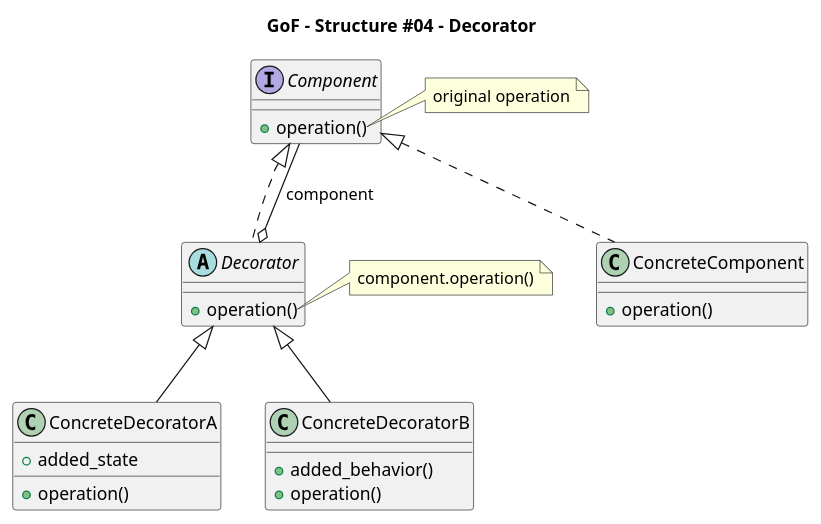
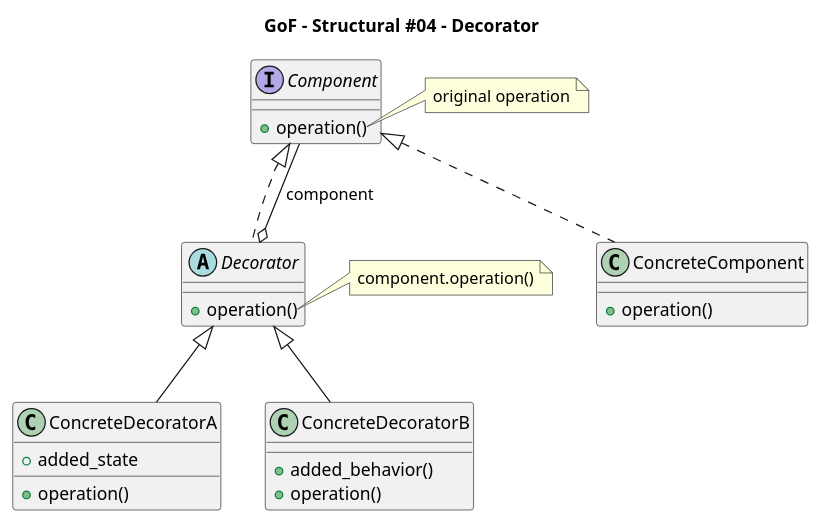
Before and after one commit to Takayoshi-Matsuyama/design_patterns: the diagram in GoF/GoF_st04_decorator.puml, drawn with PlantUML. The commit also changed 36 other files, not shown here.

Commit message:
GoF - Class Diagrams

```diff
--- a/GoF/GoF_st04_decorator.puml
+++ b/GoF/GoF_st04_decorator.puml
@@ -1,57 +1,57 @@
 @startuml gof_decorator
 
 'Copyright 2026 Takayoshi Matsuyama
 '
 'Licensed under the Apache License, Version 2.0 (the "License");
 'you may not use this file except in compliance with the License.
 'You may obtain a copy of the License at
 '
 '    http://www.apache.org/licenses/LICENSE-2.0
 '
 'Unless required by applicable law or agreed to in writing, software
 'distributed under the License is distributed on an "AS IS" BASIS,
 'WITHOUT WARRANTIES OR CONDITIONS OF ANY KIND, either express or implied.
 'See the License for the specific language governing permissions and
 'limitations under the License.
 
-title GoF - Structure #04 - Decorator
+title GoF - Structural #04 - Decorator
     
 interface Component {
     +operation()
 }
 
 note right of Component::operation
     original operation
 end note
 
 class ConcreteComponent {
     +operation()
 }
 
 Component <|.. ConcreteComponent
 
 abstract class Decorator {
     +operation()
 }
 
 note right of Decorator::operation
     component.operation()
 end note
 
 Component <|.. Decorator
 Decorator o-- Component : component
 
 class ConcreteDecoratorA {
     +added_state
     +operation()
 }
 
 class ConcreteDecoratorB {
     +added_behavior()
     +operation()
 }
 
 Decorator <|-- ConcreteDecoratorA
 Decorator <|-- ConcreteDecoratorB
 
 @enduml
```
